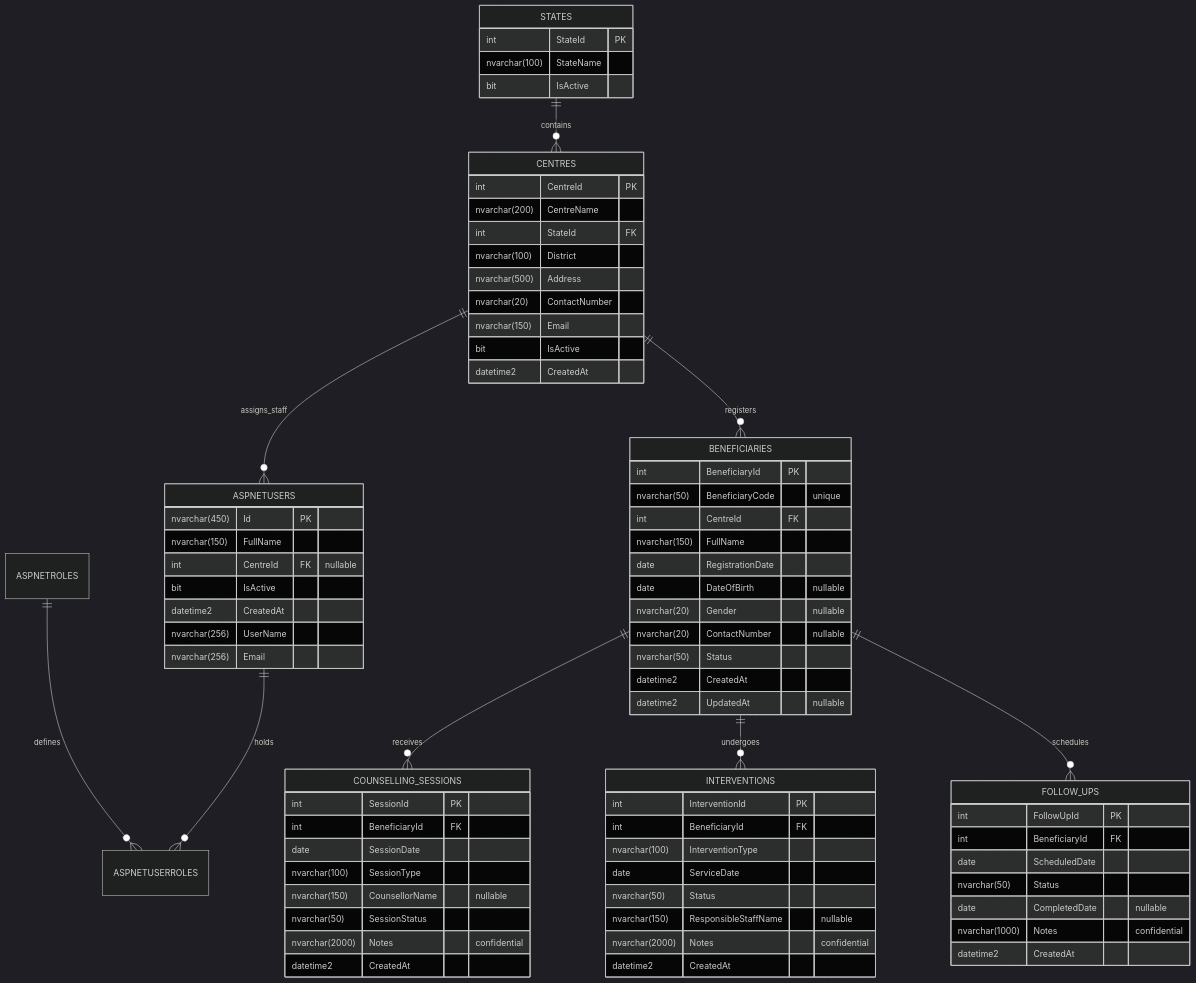
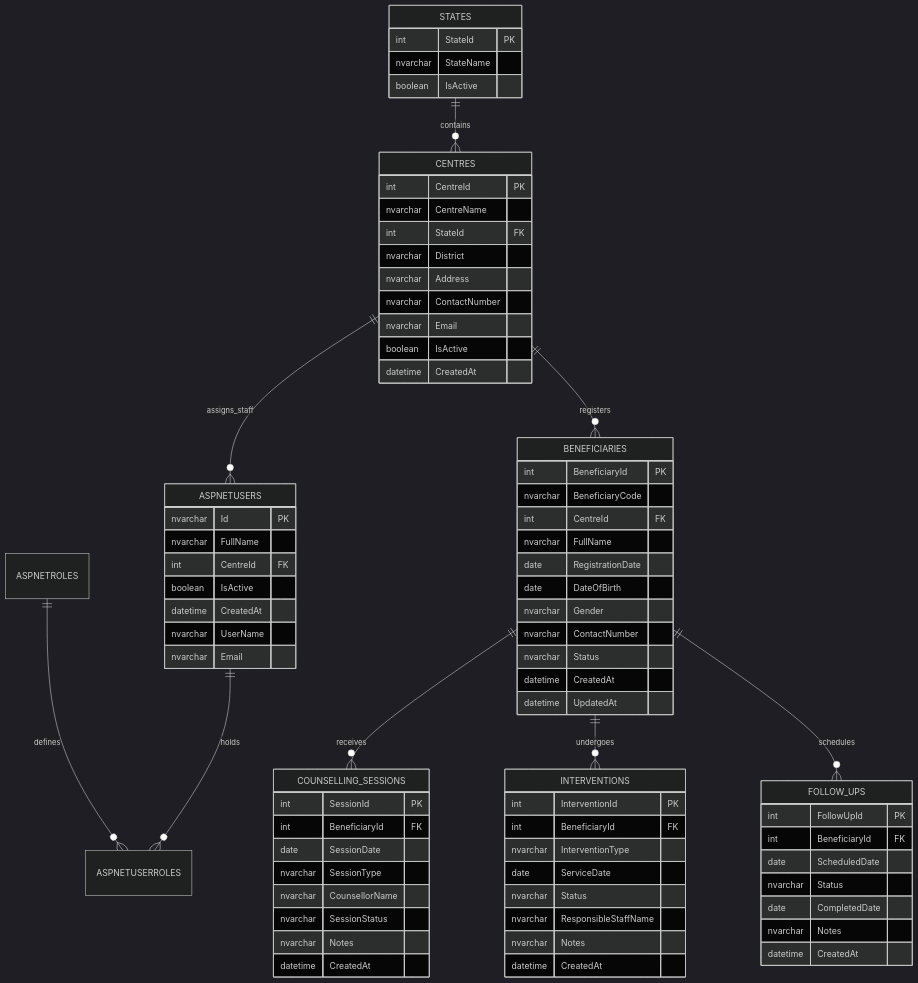
Before and after one commit to KrChiranjeevi/Centralised-Nasha-Mukti-Database: the second of 2 diagrams in README.md, drawn with Mermaid (dark theme). The commit also changed other lines of this file and 8 other files, not shown here.

````diff
--- a/README.md
+++ b/README.md
@@ -195,75 +191,75 @@
 
     STATES {
         int StateId PK
-        nvarchar(100) StateName
-        bit IsActive
+        nvarchar StateName
+        boolean IsActive
     }
 
     CENTRES {
         int CentreId PK
-        nvarchar(200) CentreName
+        nvarchar CentreName
         int StateId FK
-        nvarchar(100) District
-        nvarchar(500) Address
-        nvarchar(20) ContactNumber
-        nvarchar(150) Email
-        bit IsActive
-        datetime2 CreatedAt
+        nvarchar District
+        nvarchar Address
+        nvarchar ContactNumber
+        nvarchar Email
+        boolean IsActive
+        datetime CreatedAt
     }
 
     ASPNETUSERS {
-        nvarchar(450) Id PK
-        nvarchar(150) FullName
-        int CentreId FK "nullable"
-        bit IsActive
-        datetime2 CreatedAt
-        nvarchar(256) UserName
-        nvarchar(256) Email
+        nvarchar Id PK
+        nvarchar FullName
+        int CentreId FK
+        boolean IsActive
+        datetime CreatedAt
+        nvarchar UserName
+        nvarchar Email
     }
 
     BENEFICIARIES {
         int BeneficiaryId PK
-        nvarchar(50) BeneficiaryCode "unique"
+        nvarchar BeneficiaryCode
         int CentreId FK
-        nvarchar(150) FullName
+        nvarchar FullName
         date RegistrationDate
-        date DateOfBirth "nullable"
-        nvarchar(20) Gender "nullable"
-        nvarchar(20) ContactNumber "nullable"
-        nvarchar(50) Status
-        datetime2 CreatedAt
-        datetime2 UpdatedAt "nullable"
+        date DateOfBirth
+        nvarchar Gender
+        nvarchar ContactNumber
+        nvarchar Status
+        datetime CreatedAt
+        datetime UpdatedAt
     }
 
     COUNSELLING_SESSIONS {
         int SessionId PK
         int BeneficiaryId FK
         date SessionDate
-        nvarchar(100) SessionType
-        nvarchar(150) CounsellorName "nullable"
-        nvarchar(50) SessionStatus
-        nvarchar(2000) Notes "confidential"
-        datetime2 CreatedAt
+        nvarchar SessionType
+        nvarchar CounsellorName
+        nvarchar SessionStatus
+        nvarchar Notes
+        datetime CreatedAt
     }
 
     INTERVENTIONS {
         int InterventionId PK
         int BeneficiaryId FK
-        nvarchar(100) InterventionType
+        nvarchar InterventionType
         date ServiceDate
-        nvarchar(50) Status
-        nvarchar(150) ResponsibleStaffName "nullable"
-        nvarchar(2000) Notes "confidential"
-        datetime2 CreatedAt
+        nvarchar Status
+        nvarchar ResponsibleStaffName
+        nvarchar Notes
+        datetime CreatedAt
     }
 
     FOLLOW_UPS {
         int FollowUpId PK
         int BeneficiaryId FK
         date ScheduledDate
-        nvarchar(50) Status
-        date CompletedDate "nullable"
-        nvarchar(1000) Notes "confidential"
-        datetime2 CreatedAt
+        nvarchar Status
+        date CompletedDate
+        nvarchar Notes
+        datetime CreatedAt
     }
 ```
````
